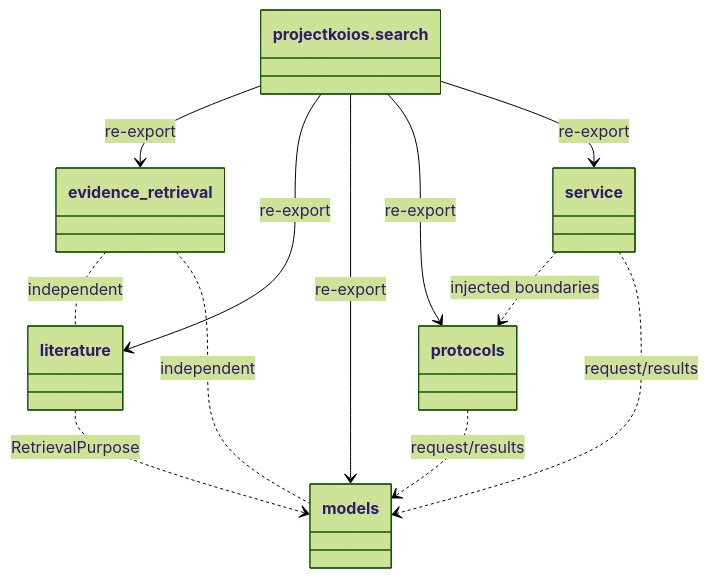
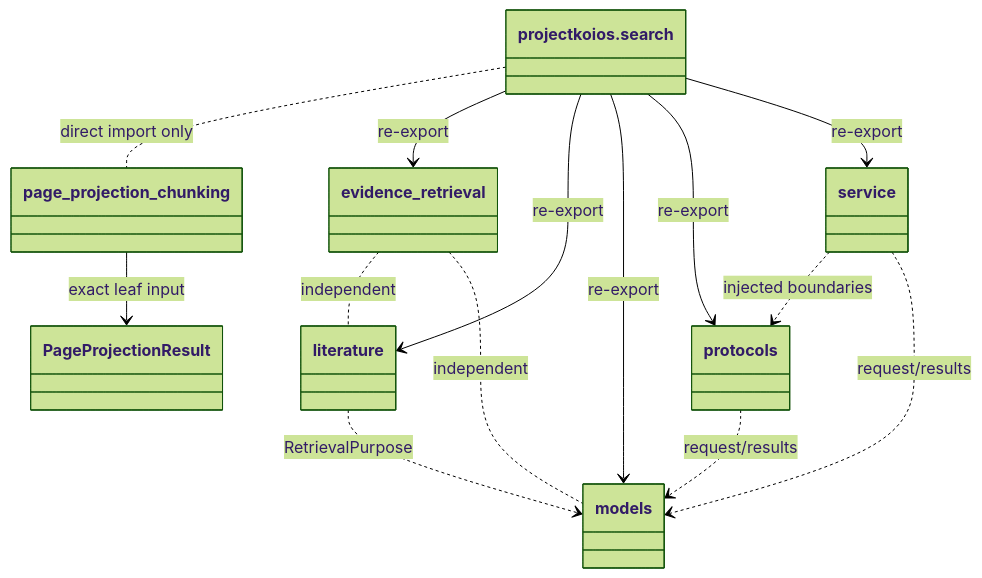
Before and after one commit to eragasa/projectkoios-search: the diagram in docs/architecture/projectkoios/search/implementation.md, drawn with Mermaid (forest theme). The commit also changed other lines of this file and 33 other files, not shown here.

Commit message:
feat(search): derive deterministic page projection chunks

````diff
--- a/docs/architecture/projectkoios/search/implementation.md
+++ b/docs/architecture/projectkoios/search/implementation.md
@@ -7,21 +10,25 @@
 ```mermaid
 classDiagram
     class SearchFacade["projectkoios.search"]
+    class PageProjectionChunkingModule["page_projection_chunking"]
+    class PageProjectionResult
     class EvidenceRetrievalModule["evidence_retrieval"]
     class LiteratureModule["literature"]
     class ModelsModule["models"]
     class ProtocolsModule["protocols"]
     class ServiceModule["service"]
 
+    PageProjectionChunkingModule --> PageProjectionResult : exact leaf input
+    SearchFacade .. PageProjectionChunkingModule : direct import only
     SearchFacade --> EvidenceRetrievalModule : re-export
     SearchFacade --> LiteratureModule : re-export
     SearchFacade --> ModelsModule : re-export
     SearchFacade --> ProtocolsModule : re-export
     SearchFacade --> ServiceModule : re-export
     LiteratureModule ..> ModelsModule : RetrievalPurpose
     ProtocolsModule ..> ModelsModule : request/results
     ServiceModule ..> ProtocolsModule : injected boundaries
     ServiceModule ..> ModelsModule : request/results
     EvidenceRetrievalModule .. LiteratureModule : independent
     EvidenceRetrievalModule .. ModelsModule : independent
 ```
````
